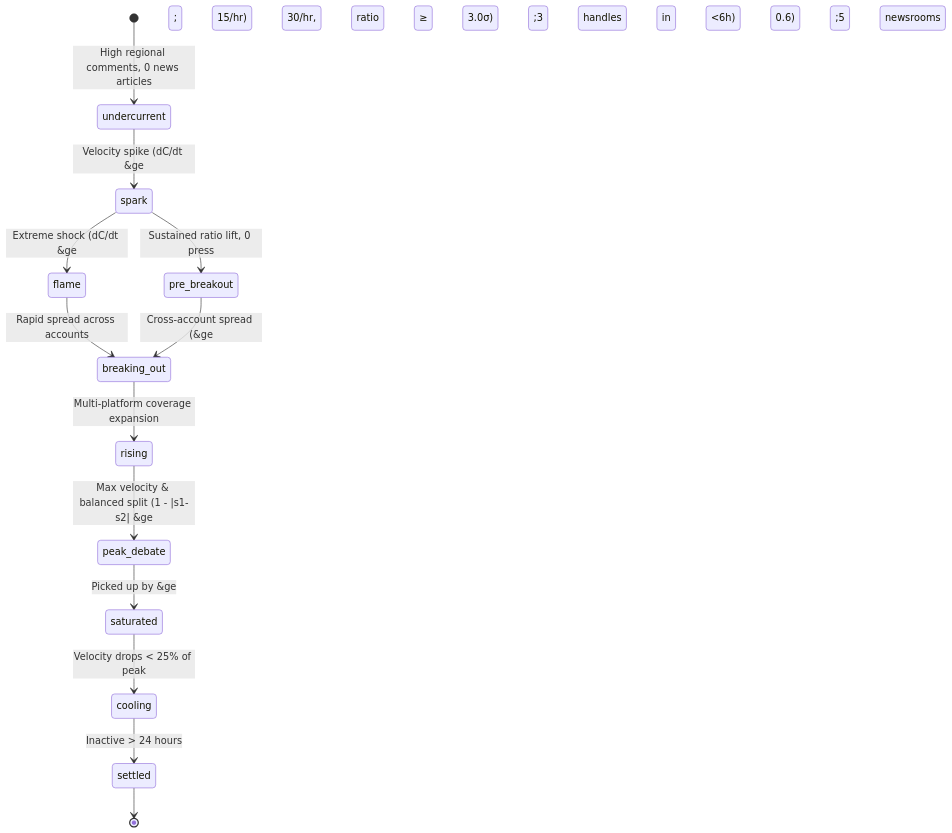
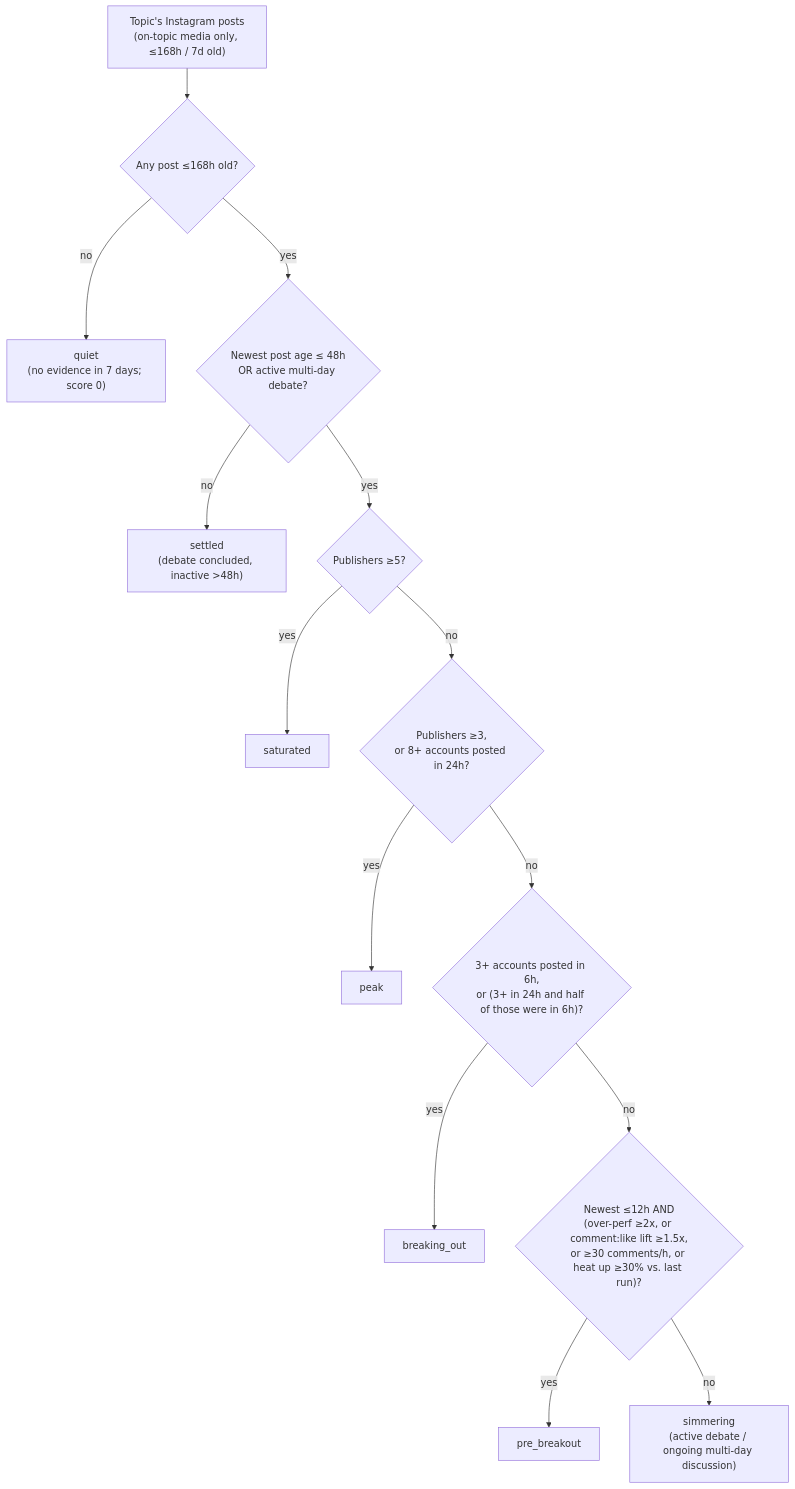
Diagram 13 of 20 in docs/ARCHITECTURE.md (shankha06/identify-what-matters), drawn with Mermaid before and after one commit. The commit also changed other lines of this file and 72 other files, not shown here.

````diff
--- a/docs/ARCHITECTURE.md
+++ b/docs/ARCHITECTURE.md
@@ -549,15 +656,17 @@
 ```mermaid
-stateDiagram-v2
-    [*] --> undercurrent: High regional comments, 0 news articles
-    undercurrent --> spark: Velocity spike (dC/dt &ge; 15/hr)
-    spark --> pre_breakout: Sustained ratio lift, 0 press
-    spark --> flame: Extreme shock (dC/dt &ge; 30/hr, ratio &ge; 3.0&sigma;)
-    flame --> breaking_out: Rapid spread across accounts
-    pre_breakout --> breaking_out: Cross-account spread (&ge;3 handles in <6h)
-    breaking_out --> rising: Multi-platform coverage expansion
-    rising --> peak_debate: Max velocity & balanced split (1 - |s1-s2| &ge; 0.6)
-    peak_debate --> saturated: Picked up by &ge;5 newsrooms
-    saturated --> cooling: Velocity drops < 25% of peak
-    cooling --> settled: Inactive > 24 hours
-    settled --> [*]
+flowchart TD
+    START["Topic's Instagram posts<br/>(on-topic media only, &le;168h / 7d old)"] --> HAS_POSTS{Any post &le;168h old?}
+    HAS_POSTS -- no --> QUIET["quiet<br/>(no evidence in 7 days; score 0)"]
+    HAS_POSTS -- yes --> AGE_CHECK{Newest post age &le; 48h<br/>OR active multi-day debate?}
+
+    AGE_CHECK -- no --> SETTLED["settled<br/>(debate concluded, inactive >48h)"]
+    AGE_CHECK -- yes --> PUB5{Publishers &ge;5?}
+    PUB5 -- yes --> SATURATED["saturated"]
+    PUB5 -- no --> PUB3{Publishers &ge;3,<br/>or 8+ accounts posted in 24h?}
+    PUB3 -- yes --> PEAK["peak"]
+    PUB3 -- no --> SPREAD{"3+ accounts posted in 6h,<br/>or (3+ in 24h and half of those were in 6h)?"}
+    SPREAD -- yes --> BREAKING["breaking_out"]
+    SPREAD -- no --> YOUNG{"Newest &le;12h AND<br/>(over-perf &ge;2x, or comment:like lift &ge;1.5x,<br/>or &ge;30 comments/h, or heat up &ge;30% vs. last run)?"}
+    YOUNG -- yes --> PRE["pre_breakout"]
+    YOUNG -- no --> SIMMERING["simmering<br/>(active debate / ongoing multi-day discussion)"]
 ```
````
